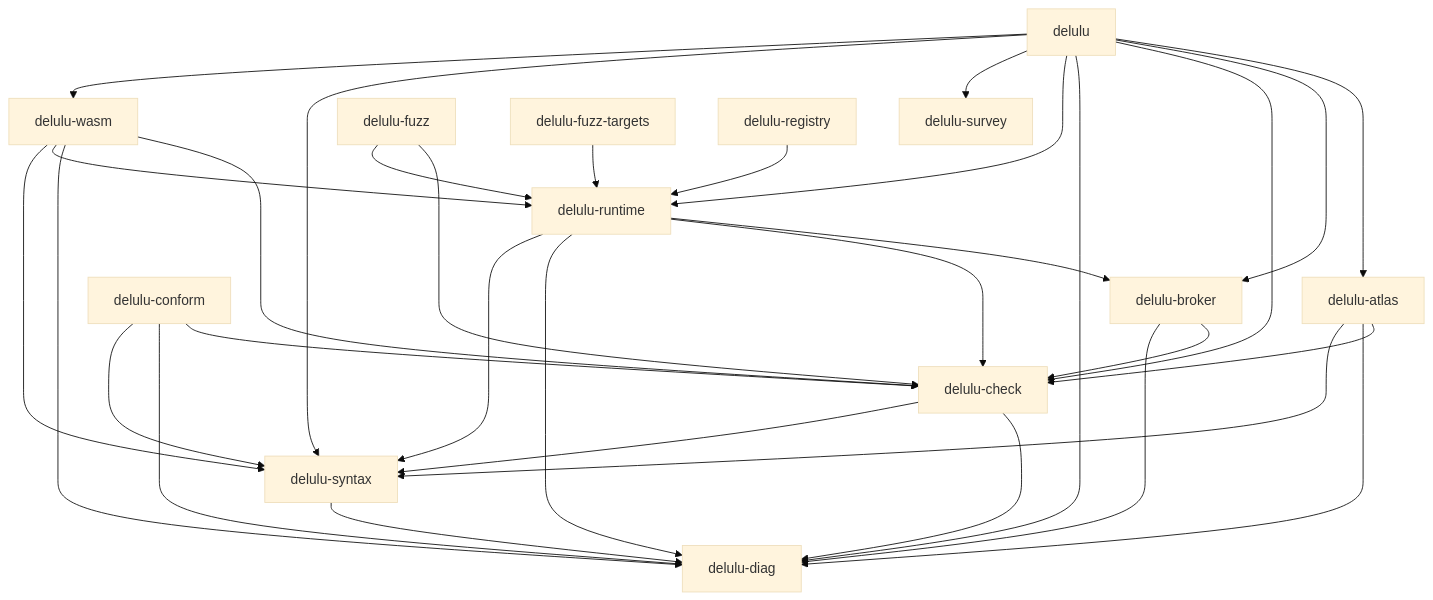
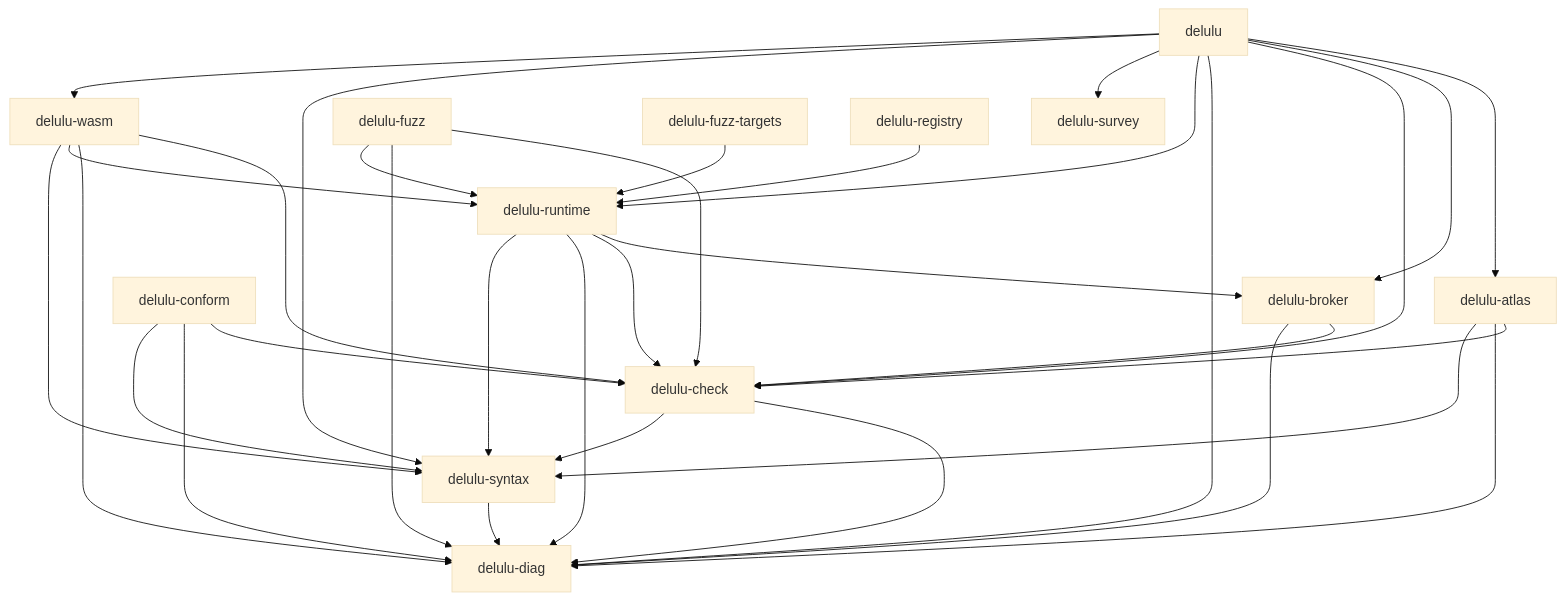
One commit to jessesuniljs1-collab/delululang-test changed the diagram in docs/survey/SURVEY.md. Above: the diagram before and after it, drawn with Mermaid (base theme). The commit also changed other lines of this file and 7 other files, not shown here.

````diff
--- a/docs/survey/SURVEY.md
+++ b/docs/survey/SURVEY.md
@@ -46,34 +46,35 @@
 ```mermaid
 graph TD
   delulu["delulu"] --> delulu_atlas["delulu-atlas"]
   delulu["delulu"] --> delulu_broker["delulu-broker"]
   delulu["delulu"] --> delulu_check["delulu-check"]
   delulu["delulu"] --> delulu_diag["delulu-diag"]
   delulu["delulu"] --> delulu_runtime["delulu-runtime"]
   delulu["delulu"] --> delulu_survey["delulu-survey"]
   delulu["delulu"] --> delulu_syntax["delulu-syntax"]
   delulu["delulu"] --> delulu_wasm["delulu-wasm"]
   delulu_atlas["delulu-atlas"] --> delulu_check["delulu-check"]
   delulu_atlas["delulu-atlas"] --> delulu_diag["delulu-diag"]
   delulu_atlas["delulu-atlas"] --> delulu_syntax["delulu-syntax"]
   delulu_broker["delulu-broker"] --> delulu_check["delulu-check"]
   delulu_broker["delulu-broker"] --> delulu_diag["delulu-diag"]
   delulu_check["delulu-check"] --> delulu_diag["delulu-diag"]
   delulu_check["delulu-check"] --> delulu_syntax["delulu-syntax"]
   delulu_conform["delulu-conform"] --> delulu_check["delulu-check"]
   delulu_conform["delulu-conform"] --> delulu_diag["delulu-diag"]
   delulu_conform["delulu-conform"] --> delulu_syntax["delulu-syntax"]
   delulu_fuzz["delulu-fuzz"] --> delulu_check["delulu-check"]
+  delulu_fuzz["delulu-fuzz"] --> delulu_diag["delulu-diag"]
   delulu_fuzz["delulu-fuzz"] --> delulu_runtime["delulu-runtime"]
   delulu_fuzz_targets["delulu-fuzz-targets"] --> delulu_runtime["delulu-runtime"]
   delulu_registry["delulu-registry"] --> delulu_runtime["delulu-runtime"]
   delulu_runtime["delulu-runtime"] --> delulu_broker["delulu-broker"]
   delulu_runtime["delulu-runtime"] --> delulu_check["delulu-check"]
   delulu_runtime["delulu-runtime"] --> delulu_diag["delulu-diag"]
   delulu_runtime["delulu-runtime"] --> delulu_syntax["delulu-syntax"]
   delulu_syntax["delulu-syntax"] --> delulu_diag["delulu-diag"]
   delulu_wasm["delulu-wasm"] --> delulu_check["delulu-check"]
   delulu_wasm["delulu-wasm"] --> delulu_diag["delulu-diag"]
   delulu_wasm["delulu-wasm"] --> delulu_runtime["delulu-runtime"]
   delulu_wasm["delulu-wasm"] --> delulu_syntax["delulu-syntax"]
 ```
````
